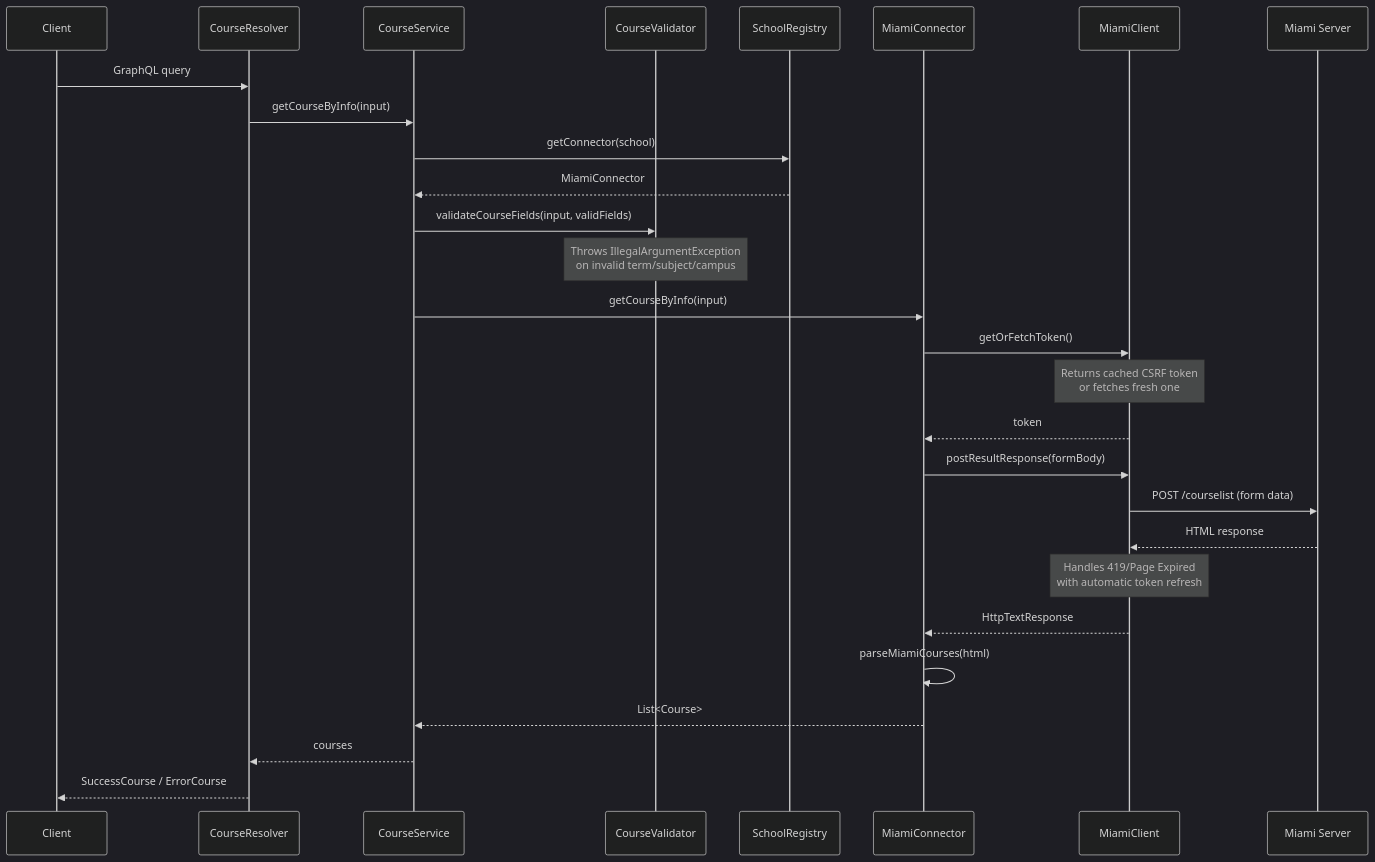
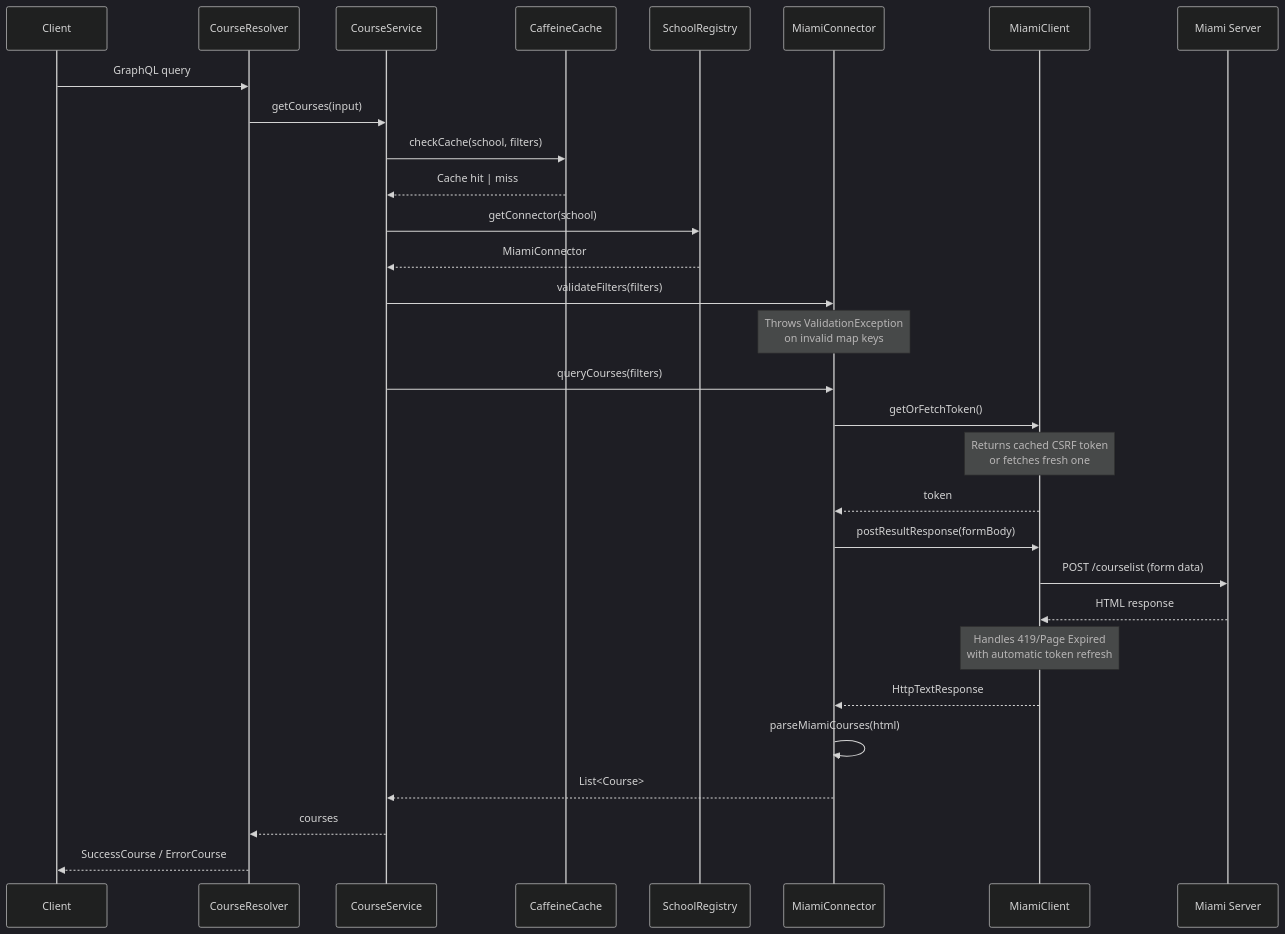
One commit to tomdh-git/Miami-CourseAPI changed the second of 4 diagrams in README.md. Above: the diagram before and after it, drawn with Mermaid (dark theme). The commit also changed other lines of this file and 52 other files, not shown here.

````diff
--- a/README.md
+++ b/README.md
@@ -101,31 +100,33 @@
 ```mermaid
 sequenceDiagram
     participant C as Client
     participant R as CourseResolver
     participant S as CourseService
-    participant V as CourseValidator
+    participant CCH as CaffeineCache
     participant REG as SchoolRegistry
     participant MC as MiamiConnector
     participant CL as MiamiClient
     participant M as Miami Server
 
     C->>R: GraphQL query
-    R->>S: getCourseByInfo(input)
+    R->>S: getCourses(input)
+    S->>CCH: checkCache(school, filters)
+    CCH-->>S: Cache hit | miss
     S->>REG: getConnector(school)
     REG-->>S: MiamiConnector
-    S->>V: validateCourseFields(input, validFields)
-    Note over V: Throws IllegalArgumentException<br/>on invalid term/subject/campus
-    S->>MC: getCourseByInfo(input)
+    S->>MC: validateFilters(filters)
+    Note over MC: Throws ValidationException<br/>on invalid map keys
+    S->>MC: queryCourses(filters)
     MC->>CL: getOrFetchToken()
     Note over CL: Returns cached CSRF token<br/>or fetches fresh one
     CL-->>MC: token
     MC->>CL: postResultResponse(formBody)
     CL->>M: POST /courselist (form data)
     M-->>CL: HTML response
     Note over CL: Handles 419/Page Expired<br/>with automatic token refresh
     CL-->>MC: HttpTextResponse
     MC->>MC: parseMiamiCourses(html)
     MC-->>S: List<Course>
     S-->>R: courses
     R-->>C: SuccessCourse / ErrorCourse
 ```
````
